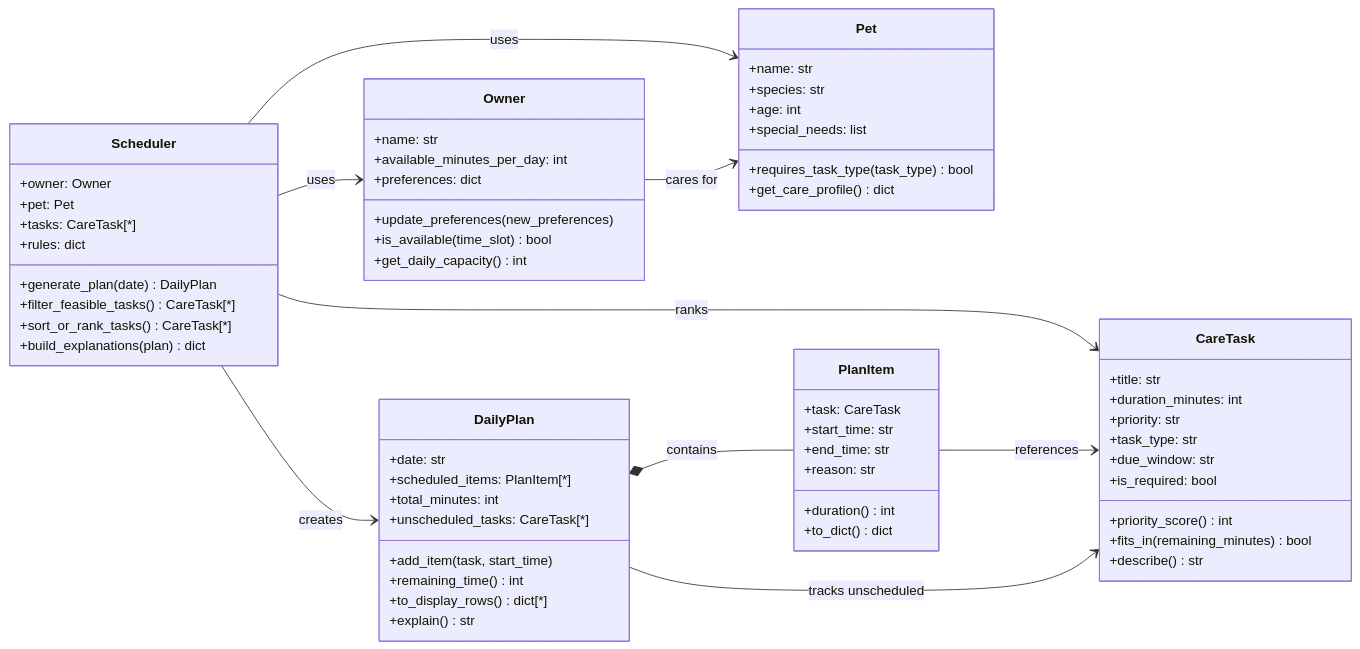
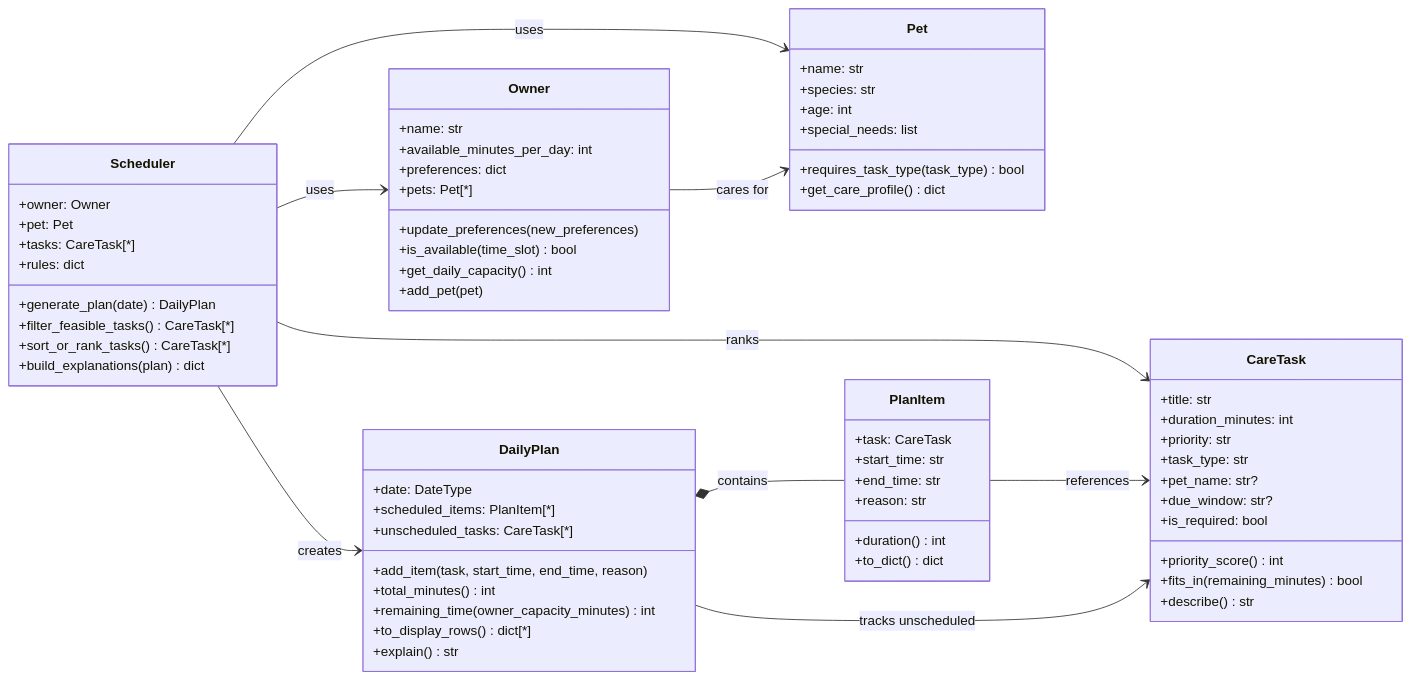
The diagram in system_diagram.md (robelbruk/ai110-module2show-pawpal-starter), drawn with Mermaid before and after one commit. The commit also changed 2 other files, not shown here.

Commit message:
chore: initialize pawpal+ project structure

````diff
--- a/system_diagram.md
+++ b/system_diagram.md
@@ -1,75 +1,78 @@
 ```mermaid
 classDiagram
 direction LR
 
 class Owner {
   +name: str
   +available_minutes_per_day: int
   +preferences: dict
+  +pets: Pet[*]
   +update_preferences(new_preferences)
   +is_available(time_slot) bool
   +get_daily_capacity() int
+  +add_pet(pet)
 }
 
 class Pet {
   +name: str
   +species: str
   +age: int
   +special_needs: list
   +requires_task_type(task_type) bool
   +get_care_profile() dict
 }
 
 class CareTask {
   +title: str
   +duration_minutes: int
   +priority: str
   +task_type: str
-  +due_window: str
+  +pet_name: str?
+  +due_window: str?
   +is_required: bool
   +priority_score() int
   +fits_in(remaining_minutes) bool
   +describe() str
 }
 
 class Scheduler {
   +owner: Owner
   +pet: Pet
   +tasks: CareTask[*]
   +rules: dict
   +generate_plan(date) DailyPlan
   +filter_feasible_tasks() CareTask[*]
   +sort_or_rank_tasks() CareTask[*]
   +build_explanations(plan) dict
 }
 
 class DailyPlan {
-  +date: str
+  +date: DateType
   +scheduled_items: PlanItem[*]
-  +total_minutes: int
   +unscheduled_tasks: CareTask[*]
-  +add_item(task, start_time)
-  +remaining_time() int
+  +add_item(task, start_time, end_time, reason)
+  +total_minutes() int
+  +remaining_time(owner_capacity_minutes) int
   +to_display_rows() dict[*]
   +explain() str
 }
 
 class PlanItem {
   +task: CareTask
   +start_time: str
   +end_time: str
   +reason: str
   +duration() int
   +to_dict() dict
 }
 
 Scheduler --> Owner : uses
 Scheduler --> Pet : uses
 Scheduler --> CareTask : ranks
 Scheduler --> DailyPlan : creates
 
 DailyPlan *-- PlanItem : contains
 PlanItem --> CareTask : references
 DailyPlan --> CareTask : tracks unscheduled
 Owner --> Pet : cares for
 ```
````
